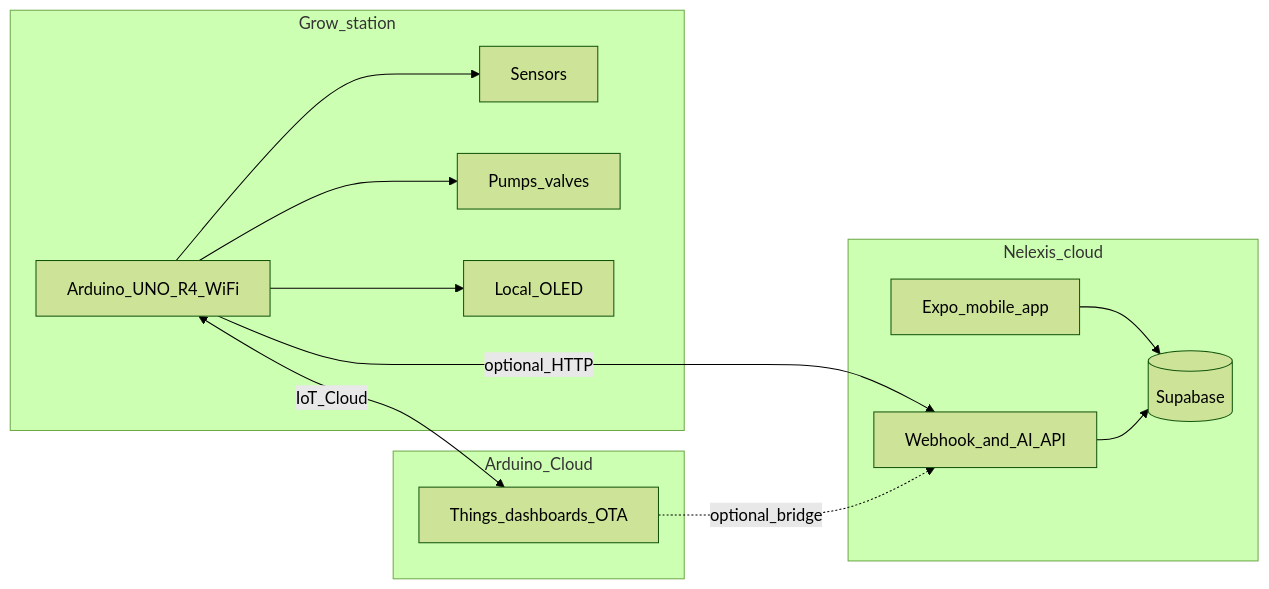
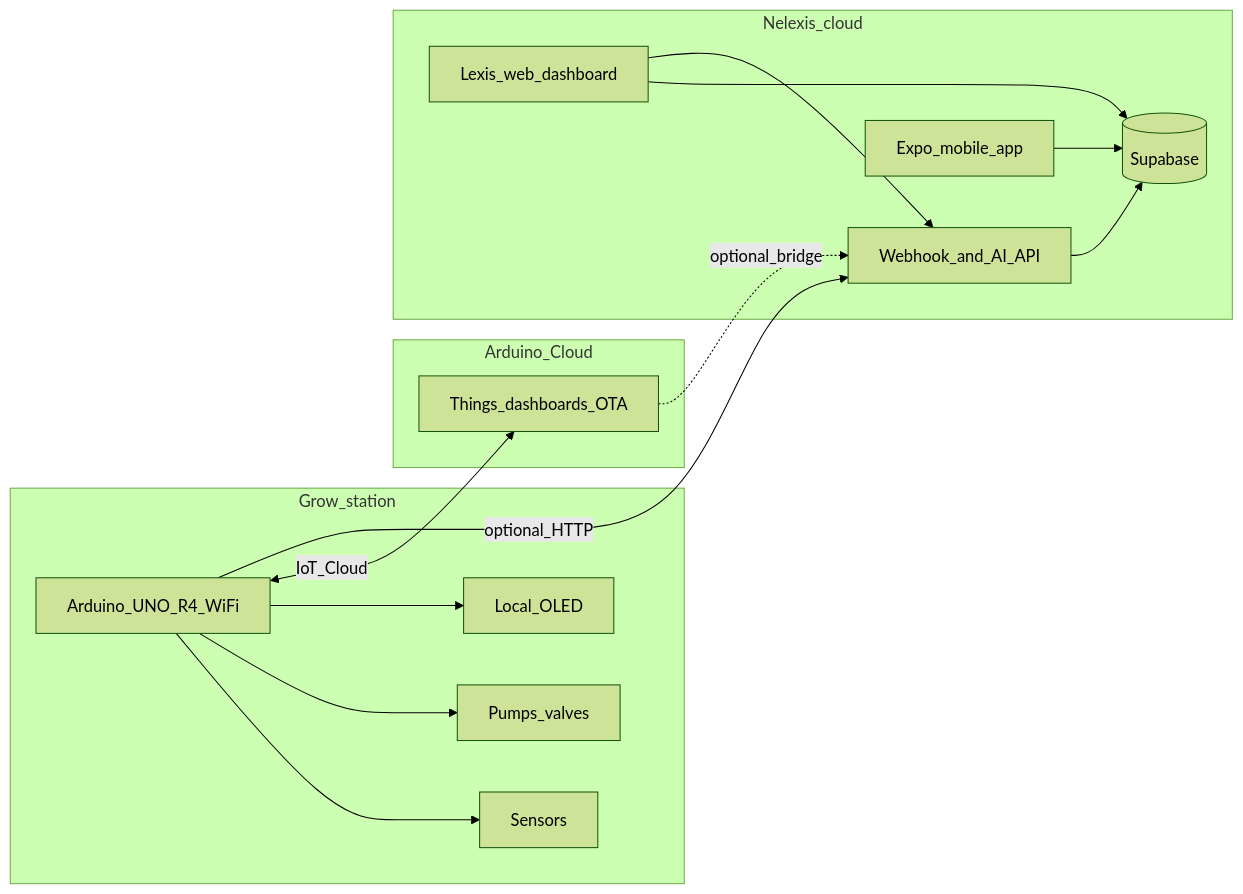
Before and after one commit to Djoek47/Nilexis: the diagram in README.md, drawn with Mermaid (forest theme). The commit also changed other lines of this file and 44 other files, not shown here.

First line of the commit message:
feat: Lexis dashboard, mobile tablet layouts, geo migration, API Next.js security bump

````diff
--- a/README.md
+++ b/README.md
@@ -9,25 +9,28 @@
 ```mermaid
 flowchart LR
   subgraph edge [Grow_station]
     R4[Arduino_UNO_R4_WiFi]
     Sensors[Sensors]
     Actuators[Pumps_valves]
     Screen[Local_OLED]
     R4 --> Sensors
     R4 --> Actuators
     R4 --> Screen
   end
   subgraph iot [Arduino_Cloud]
     AC[Things_dashboards_OTA]
   end
   subgraph product [Nelexis_cloud]
     SB[(Supabase)]
     API[Webhook_and_AI_API]
     Mobile[Expo_mobile_app]
+    Lexis[Lexis_web_dashboard]
   end
   R4 <-->|IoT_Cloud| AC
   R4 -->|optional_HTTP| API
   Mobile --> SB
+  Lexis --> SB
+  Lexis --> API
   API --> SB
   AC -.->|optional_bridge| API
 ```
````
